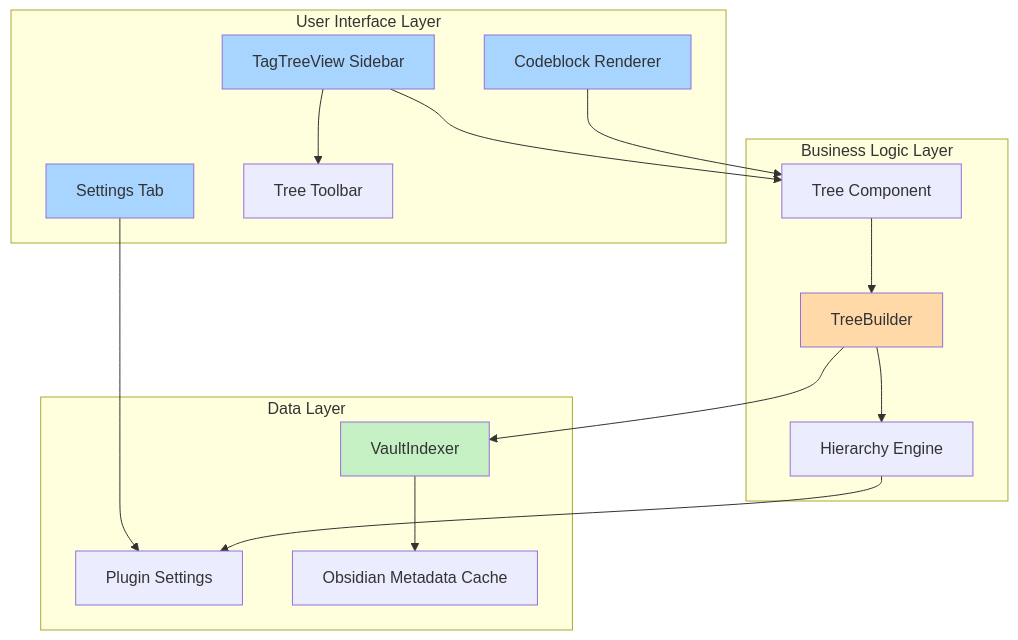
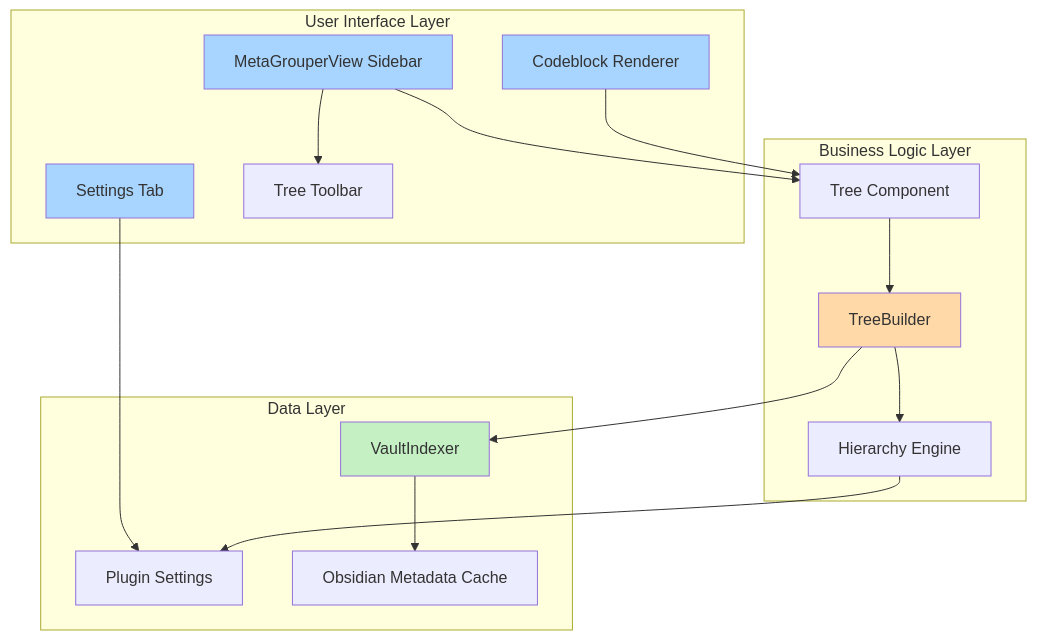
The diagram in docs/implementation-plan.md (bright-fakl/metagrouper-obsidian), drawn with Mermaid before and after one commit. The commit also changed other lines of this file and 22 other files, not shown here.

First line of the commit message:
Rename plugin from Tag Tree View to MetaGrouper (#21)

````diff
--- a/docs/implementation-plan.md
+++ b/docs/implementation-plan.md
@@ -921,39 +921,39 @@
 ```mermaid
 graph TB
     subgraph "User Interface Layer"
-        Sidebar[TagTreeView Sidebar]
+        Sidebar[MetaGrouperView Sidebar]
         Codeblock[Codeblock Renderer]
         Settings[Settings Tab]
         Toolbar[Tree Toolbar]
     end
     
     subgraph "Business Logic Layer"
         TreeBuilder[TreeBuilder]
         TreeComponent[Tree Component]
         HierarchyEngine[Hierarchy Engine]
     end
     
     subgraph "Data Layer"
         VaultIndexer[VaultIndexer]
         PluginSettings[Plugin Settings]
         MetadataCache[Obsidian Metadata Cache]
     end
     
     Sidebar --> Toolbar
     Sidebar --> TreeComponent
     Codeblock --> TreeComponent
     Settings --> PluginSettings
     
     TreeComponent --> TreeBuilder
     TreeBuilder --> HierarchyEngine
     TreeBuilder --> VaultIndexer
     
     VaultIndexer --> MetadataCache
     HierarchyEngine --> PluginSettings
     
     style Sidebar fill:#a8d5ff
     style Codeblock fill:#a8d5ff
     style Settings fill:#a8d5ff
     style TreeBuilder fill:#ffd9a8
     style VaultIndexer fill:#c4f0c4
 ```
````
